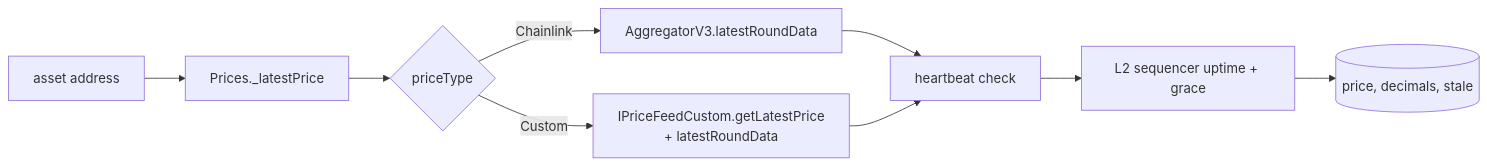
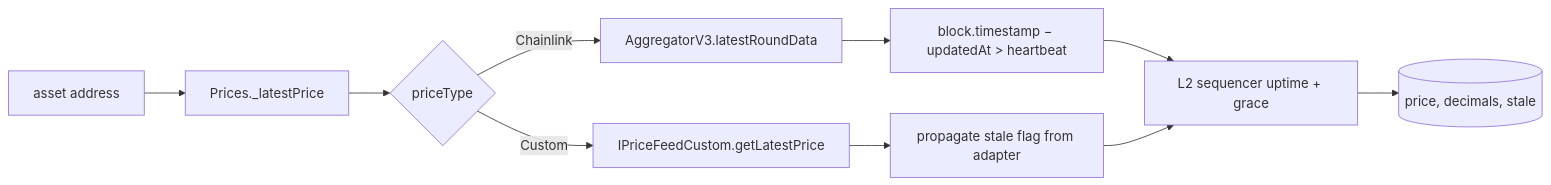
One commit to karpatkey/onchain-accounting changed the diagram in docs/PRICE_ADAPTERS.md. Above: the diagram before and after it, drawn with Mermaid. The commit also changed other lines of this file, not shown here.

First line of the commit message:
docs(prices): update PRICE_ADAPTERS.md to reflect staleness architecture

````diff
--- a/docs/PRICE_ADAPTERS.md
+++ b/docs/PRICE_ADAPTERS.md
@@ -22,11 +22,12 @@
 ```mermaid
 flowchart LR
     A[asset address] --> P[Prices._latestPrice]
     P --> C{priceType}
     C -->|Chainlink| CL[AggregatorV3.latestRoundData]
-    C -->|Custom| IF[IPriceFeedCustom.getLatestPrice\n+ latestRoundData]
-    CL --> SH[heartbeat check]
-    IF --> SH
-    SH --> SQ[L2 sequencer uptime + grace]
+    C -->|Custom| IF[IPriceFeedCustom.getLatestPrice]
+    CL --> SCL[block.timestamp − updatedAt > heartbeat]
+    IF --> SCU[propagate stale flag from adapter]
+    SCL --> SQ[L2 sequencer uptime + grace]
+    SCU --> SQ
     SQ --> R[(price, decimals, stale)]
 ```
````
